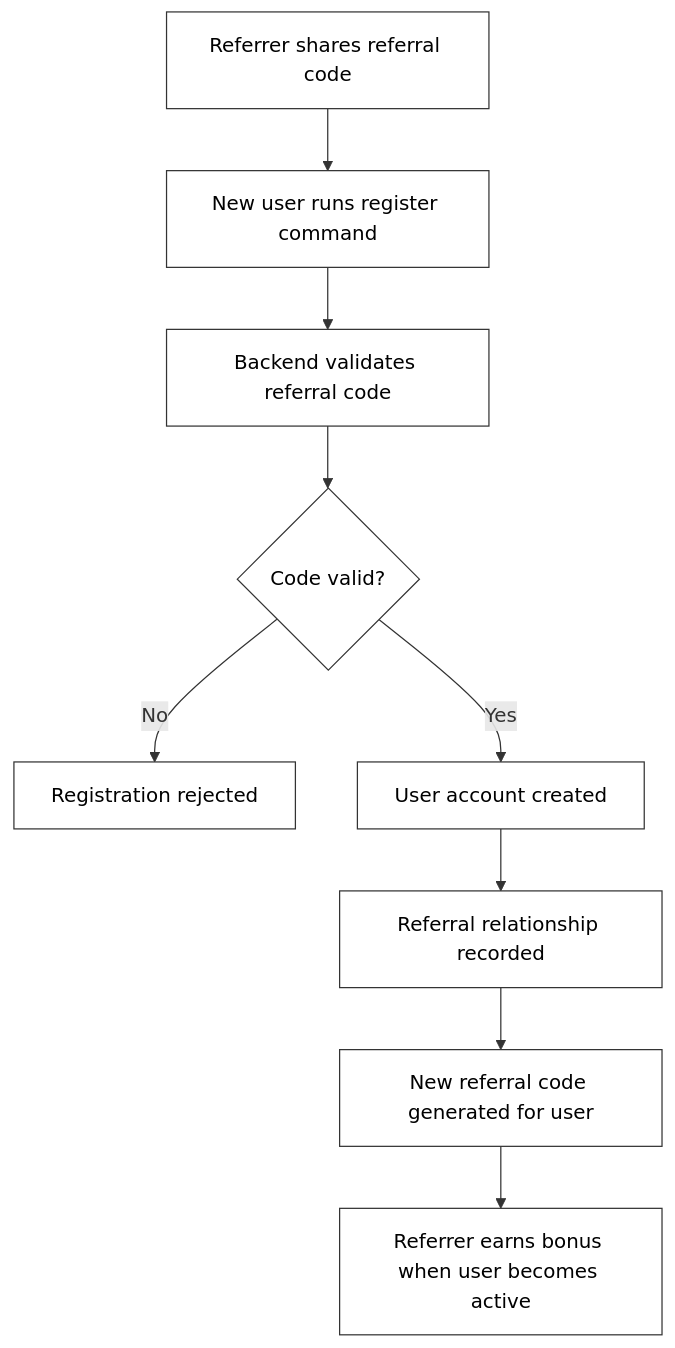
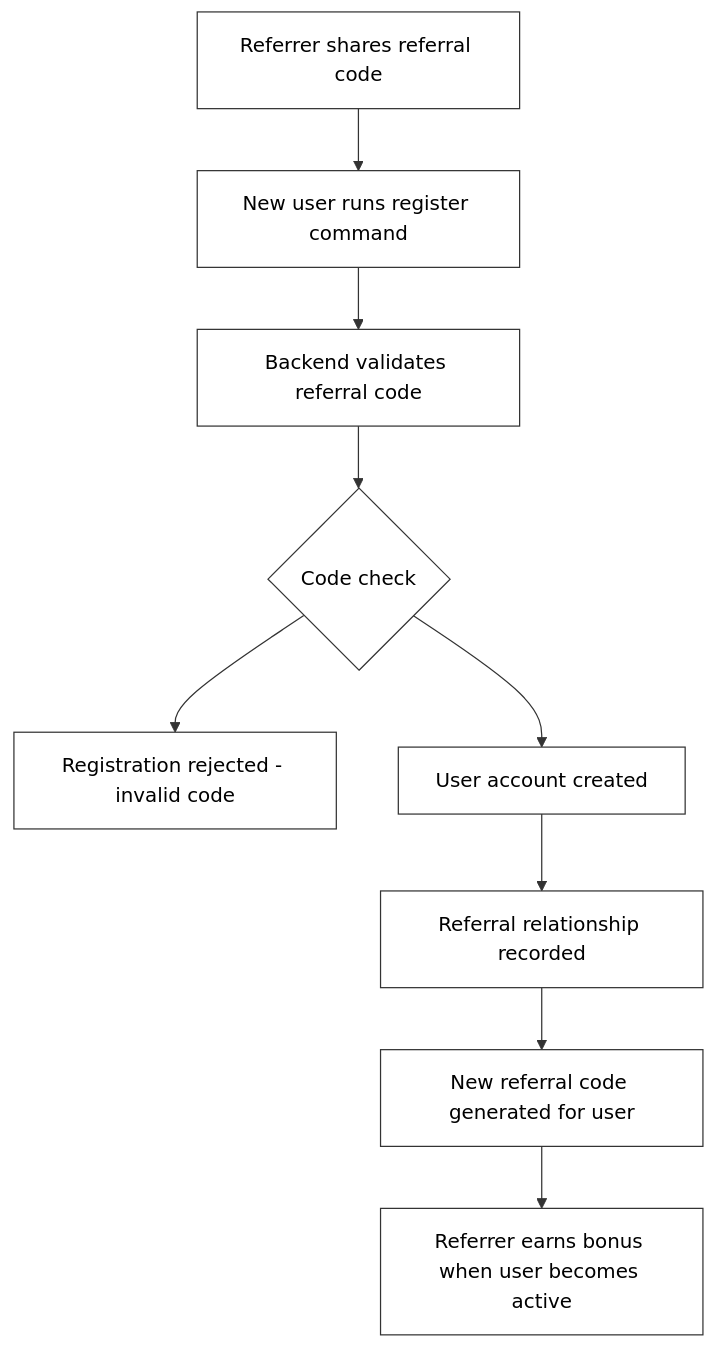
One commit to Nexora-Node/Docs changed the first of 2 diagrams in referrals.md. Above: the diagram before and after it, drawn with Mermaid. The commit also changed other lines of this file and 5 other files, not shown here.

````diff
--- a/referrals.md
+++ b/referrals.md
@@ -13,21 +13,21 @@
 ```mermaid
 flowchart TD
     A[Referrer shares referral code] --> B[New user runs register command]
     B --> C[Backend validates referral code]
-    C --> D{Code valid?}
-    D -->|No| E[Registration rejected]
-    D -->|Yes| F[User account created]
+    C --> D{Code check}
+    D --> E[Registration rejected - invalid code]
+    D --> F[User account created]
     F --> G[Referral relationship recorded]
     G --> H[New referral code generated for user]
     H --> I[Referrer earns bonus when user becomes active]
 
     style A fill:#fff,stroke:#333,color:#000
     style B fill:#fff,stroke:#333,color:#000
     style C fill:#fff,stroke:#333,color:#000
     style D fill:#fff,stroke:#333,color:#000
     style E fill:#fff,stroke:#333,color:#000
     style F fill:#fff,stroke:#333,color:#000
     style G fill:#fff,stroke:#333,color:#000
     style H fill:#fff,stroke:#333,color:#000
     style I fill:#fff,stroke:#333,color:#000
 ```
````
